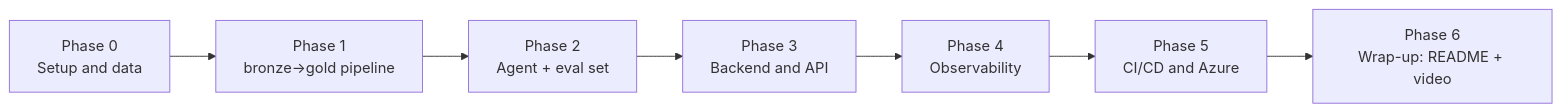
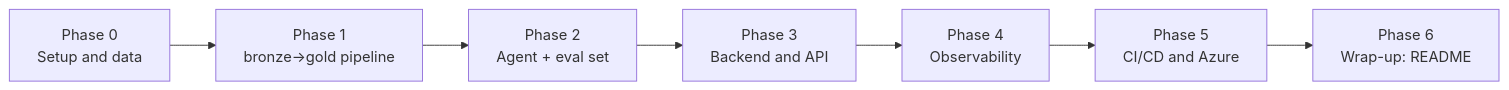
Before and after one commit to fedxgibson/data-engineering-poc: the diagram in domain/08-phases.md, drawn with Mermaid. The commit also changed other lines of this file and 2 other files, not shown here.

First line of the commit message:
Drop the Loom video from the planned deliverables

````diff
--- a/domain/08-phases.md
+++ b/domain/08-phases.md
@@ -303,9 +305,9 @@
 ```mermaid
 flowchart LR
     F0["Phase 0\nSetup and data"] --> F1["Phase 1\nbronze→gold pipeline"]
     F1 --> F2["Phase 2\nAgent + eval set"]
     F2 --> F3["Phase 3\nBackend and API"]
     F3 --> F4["Phase 4\nObservability"]
     F4 --> F5["Phase 5\nCI/CD and Azure"]
-    F5 --> F6["Phase 6\nWrap-up: README + video"]
+    F5 --> F6["Phase 6\nWrap-up: README"]
 ```
````
